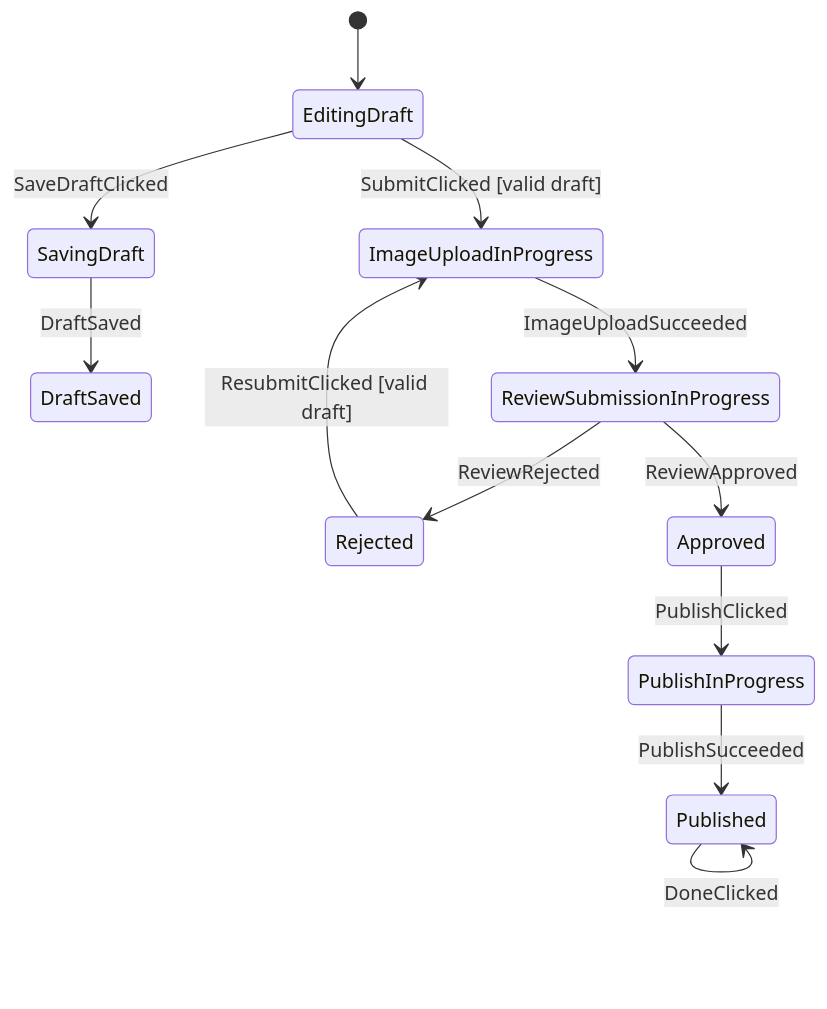
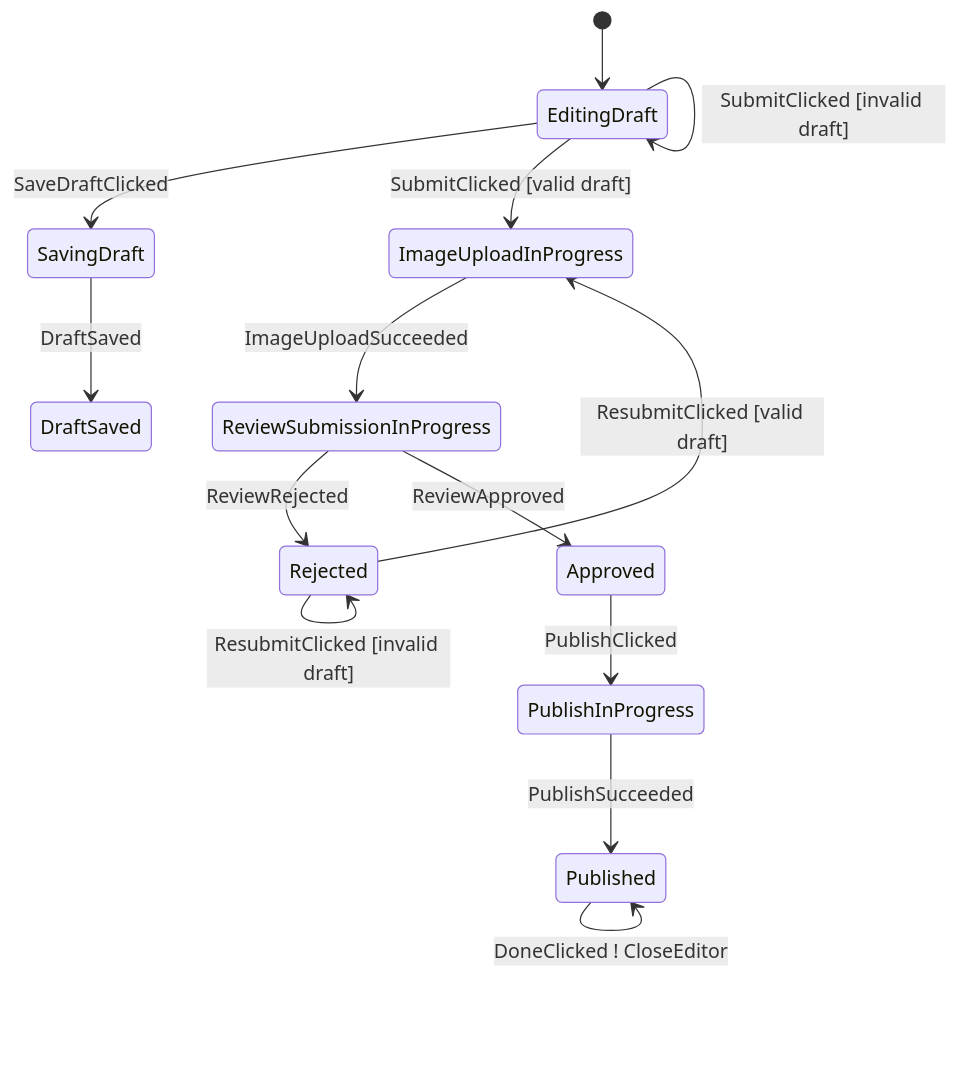
The diagram in docs/product-editor-walkthrough.md (kez-lab/afsm), drawn with Mermaid before and after one commit. The commit also changed other lines of this file and 18 other files, not shown here.

````diff
--- a/docs/product-editor-walkthrough.md
+++ b/docs/product-editor-walkthrough.md
@@ -26,14 +26,16 @@
 ```mermaid
 stateDiagram-v2
   [*] --> EditingDraft
   EditingDraft --> SavingDraft: SaveDraftClicked
   SavingDraft --> DraftSaved: DraftSaved
   EditingDraft --> ImageUploadInProgress: SubmitClicked [valid draft]
+  EditingDraft --> EditingDraft: SubmitClicked [invalid draft]
   ImageUploadInProgress --> ReviewSubmissionInProgress: ImageUploadSucceeded
   ReviewSubmissionInProgress --> Rejected: ReviewRejected
   Rejected --> ImageUploadInProgress: ResubmitClicked [valid draft]
+  Rejected --> Rejected: ResubmitClicked [invalid draft]
   ReviewSubmissionInProgress --> Approved: ReviewApproved
   Approved --> PublishInProgress: PublishClicked
   PublishInProgress --> Published: PublishSucceeded
-  Published --> Published: DoneClicked
+  Published --> Published: DoneClicked ! CloseEditor
 ```
````
